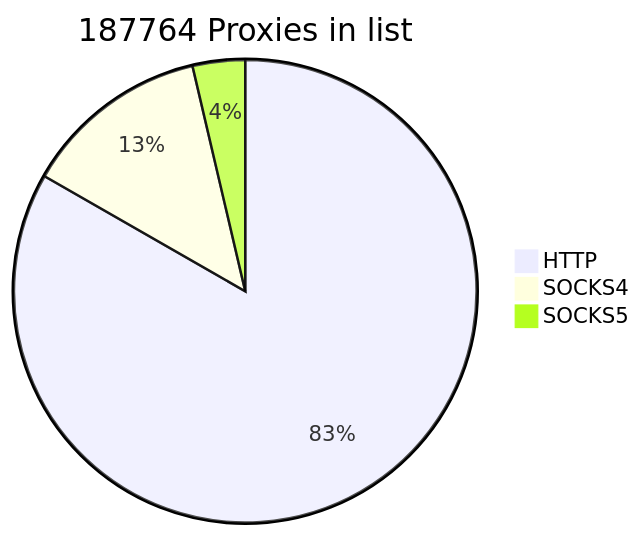
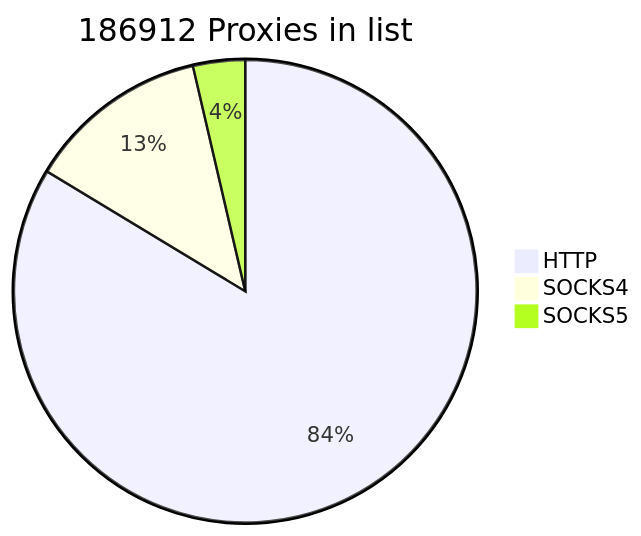
One commit to cutipu/proxylist changed the first of 2 diagrams in README.md. Above: the diagram before and after it, drawn with Mermaid. The commit also changed other lines of this file, not shown here.

````diff
--- a/README.md
+++ b/README.md
@@ -2,7 +2,7 @@
 ```mermaid
-pie title 187764 Proxies in list
-    "HTTP" : 156376
-    "SOCKS4" : 24511
-    "SOCKS5" : 6877
+pie title 186912 Proxies in list
+    "HTTP" : 156351
+    "SOCKS4" : 23766
+    "SOCKS5" : 6795
             
 ```
````
